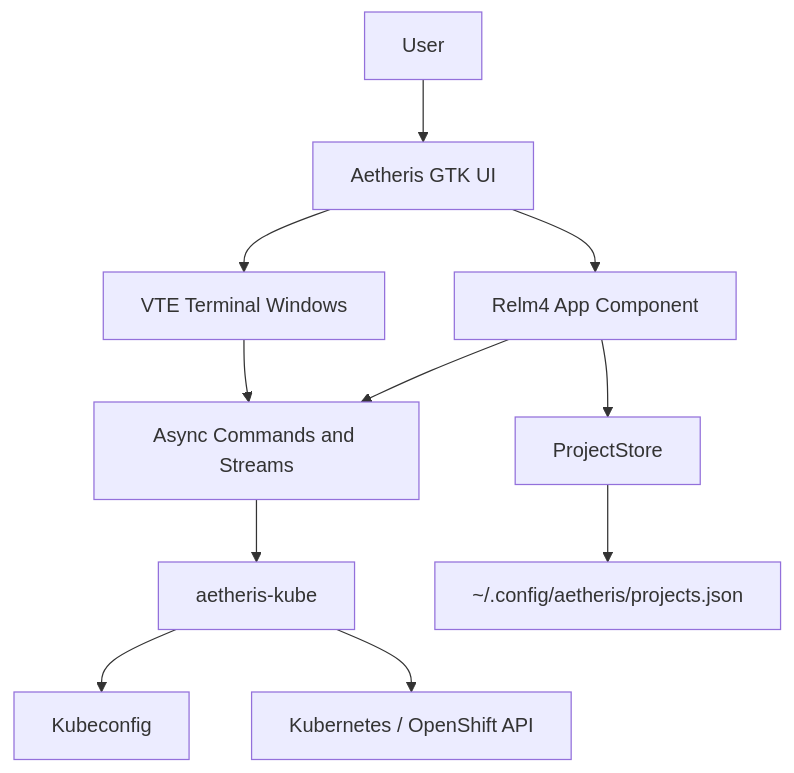
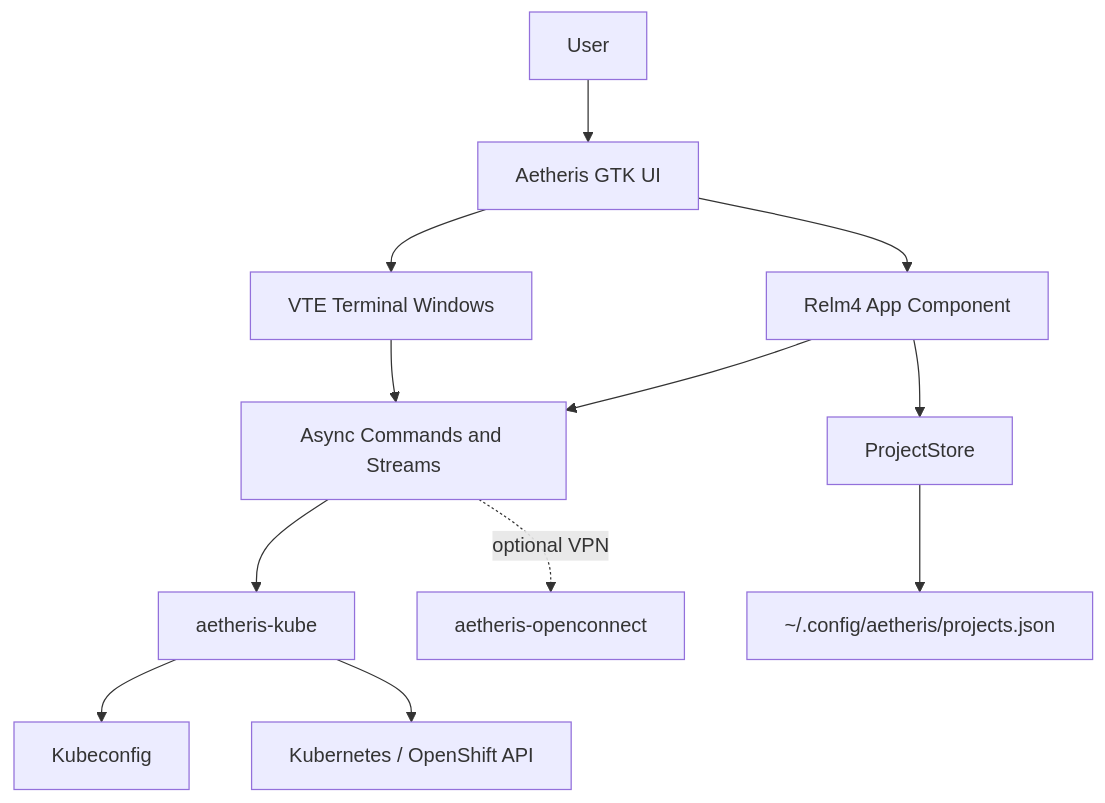
The first of 8 diagrams in ARCHITECTURE.md (luminusOS/aetheris), drawn with Mermaid before and after one commit. The commit also changed other lines of this file and 11 other files, not shown here.

First line of the commit message:
feat(openconnect): add optional integration crate

````diff
--- a/ARCHITECTURE.md
+++ b/ARCHITECTURE.md
@@ -7,13 +7,14 @@
 ```mermaid
 flowchart TD
   User[User] --> UI[Aetheris GTK UI]
   UI --> Relm[Relm4 App Component]
   Relm --> Commands[Async Commands and Streams]
   Commands --> KubeCrate[aetheris-kube]
+  Commands -. optional VPN .-> OpenConnectCrate[aetheris-openconnect]
   KubeCrate --> Kubeconfig[Kubeconfig]
   KubeCrate --> Api[Kubernetes / OpenShift API]
   Relm --> Store[ProjectStore]
   Store --> ProjectsJson[~/.config/aetheris/projects.json]
   UI --> VTE[VTE Terminal Windows]
   VTE --> Commands
 ```
````
